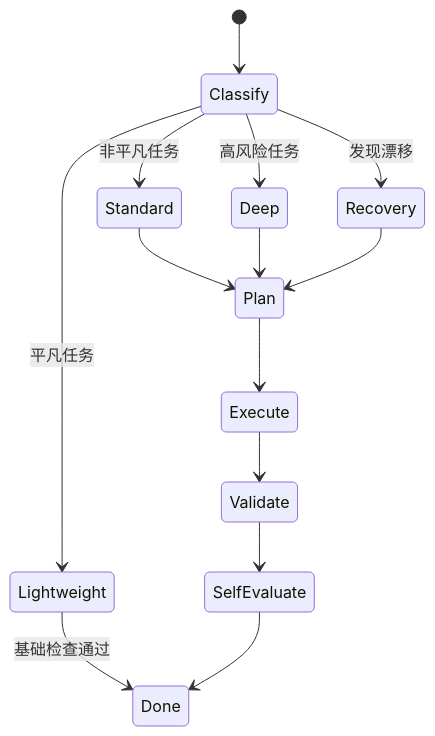
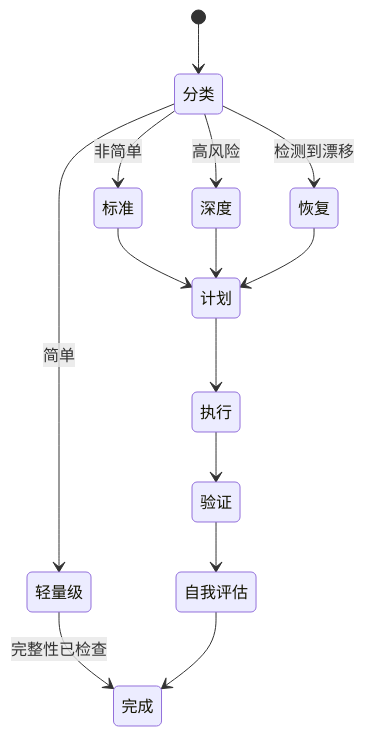
Before and after one commit to ZIONISREAL/Claude-Praxis: the fourth of 5 diagrams in README.zh-CN.md, drawn with Mermaid. The commit also changed other lines of this file and 13 other files, not shown here.

````diff
--- a/README.zh-CN.md
+++ b/README.zh-CN.md
@@ -113,18 +265,18 @@
 ```mermaid
 stateDiagram-v2
-  [*] --> Classify
-  Classify --> Lightweight: 平凡任务
-  Classify --> Standard: 非平凡任务
-  Classify --> Deep: 高风险任务
-  Classify --> Recovery: 发现漂移
+  [*] --> 分类
+  分类 --> 轻量级: 简单
+  分类 --> 标准: 非简单
+  分类 --> 深度: 高风险
+  分类 --> 恢复: 检测到漂移
 
-  Lightweight --> Done: 基础检查通过
-  Standard --> Plan
-  Deep --> Plan
-  Recovery --> Plan
+  轻量级 --> 完成: 完整性已检查
+  标准 --> 计划
+  深度 --> 计划
+  恢复 --> 计划
 
-  Plan --> Execute
-  Execute --> Validate
-  Validate --> SelfEvaluate
-  SelfEvaluate --> Done
+  计划 --> 执行
+  执行 --> 验证
+  验证 --> 自我评估
+  自我评估 --> 完成
 ```
````
